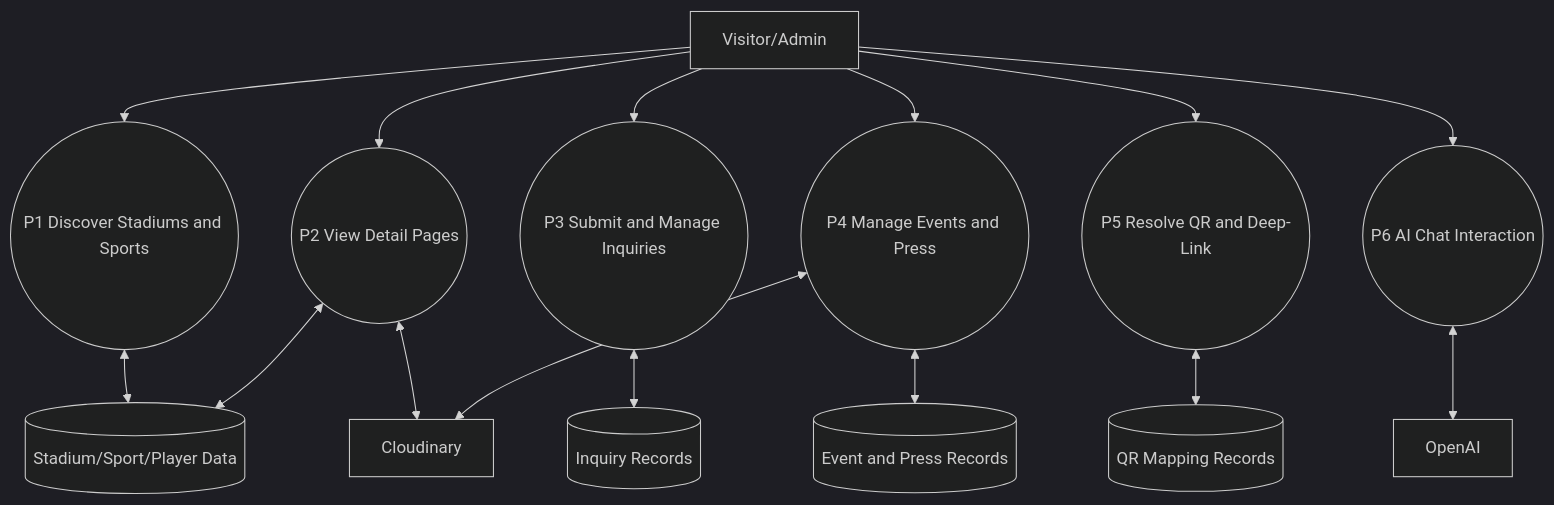
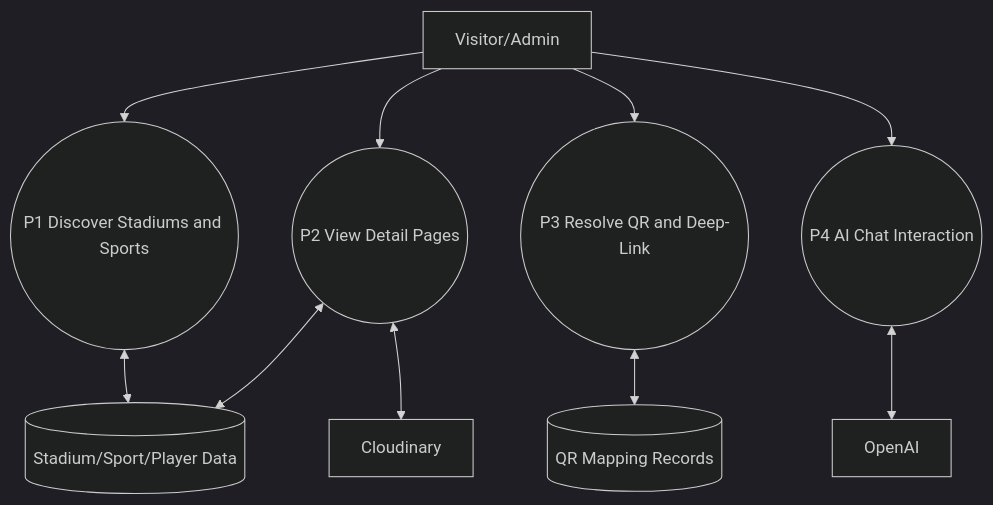
One commit to satyansh911/InStadiumWeb changed the sixth of 15 diagrams in README.md. Above: the diagram before and after it, drawn with Mermaid (dark theme). The commit also changed other lines of this file, not shown here.

Commit message:
routing architecture diagram updated

````diff
--- a/README.md
+++ b/README.md
@@ -186,36 +171,27 @@
 ```mermaid
 flowchart TB
       U[Visitor/Admin]
 
       P1((P1 Discover Stadiums and Sports))
       P2((P2 View Detail Pages))
-      P3((P3 Submit and Manage Inquiries))
-      P4((P4 Manage Events and Press))
-      P5((P5 Resolve QR and Deep-Link))
-      P6((P6 AI Chat Interaction))
+      P3((P3 Resolve QR and Deep-Link))
+      P4((P4 AI Chat Interaction))
 
       D1[(Stadium/Sport/Player Data)]
-      D2[(Inquiry Records)]
-      D3[(Event and Press Records)]
-      D4[(QR Mapping Records)]
+      D2[(QR Mapping Records)]
 
       E1[Cloudinary]
       E2[OpenAI]
 
       U --> P1
       U --> P2
       U --> P3
       U --> P4
-      U --> P5
-      U --> P6
 
       P1 <--> D1
       P2 <--> D1
       P3 <--> D2
-      P4 <--> D3
-      P5 <--> D4
-      P6 <--> E2
+      P4 <--> E2
 
       P2 <--> E1
-      P4 <--> E1
 ```
````
